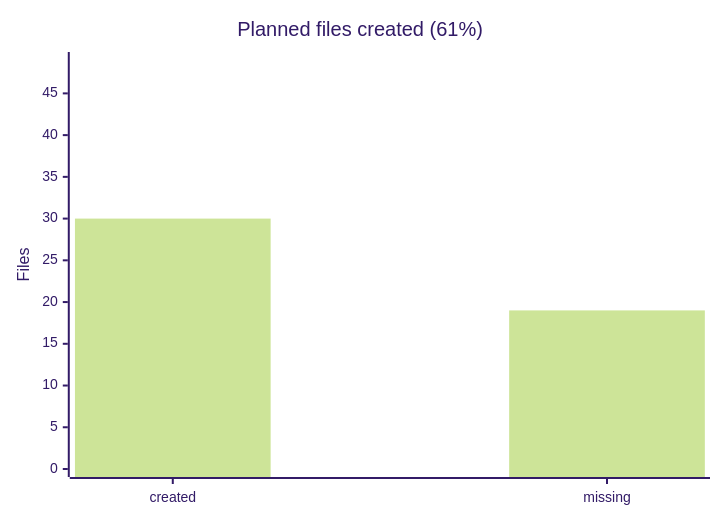
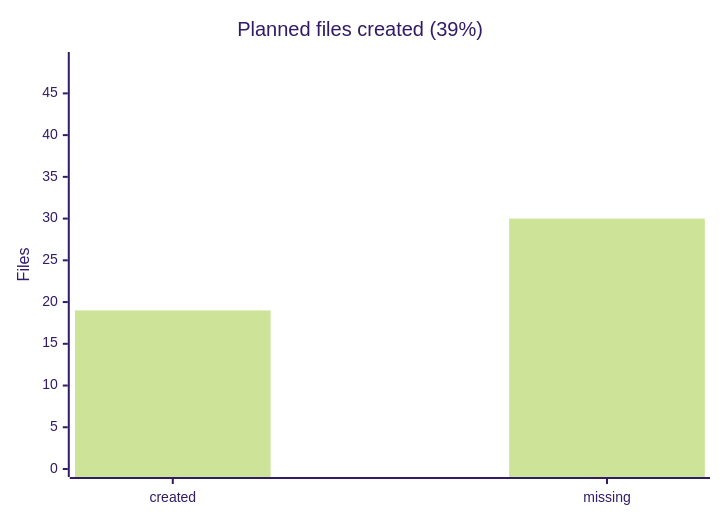
The diagram in docs/generated/modularization-progress.md (Mohammed-Alama/php-arazzo), drawn with Mermaid (forest theme) before and after one commit. The commit also changed other lines of this file and 68 other files, not shown here.

````diff
--- a/docs/generated/modularization-progress.md
+++ b/docs/generated/modularization-progress.md
@@ -15,7 +15,7 @@
 ```mermaid
 xychart-beta
-    title "Planned files created (61%)"
+    title "Planned files created (39%)"
     x-axis ["created", "missing"]
     y-axis "Files" 0 --> 49
-    bar [30, 19]
+    bar [19, 30]
 ```
````
